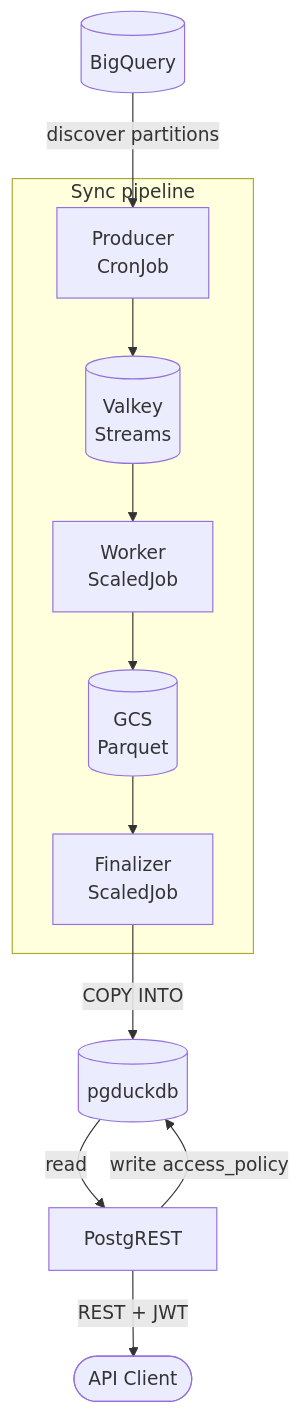
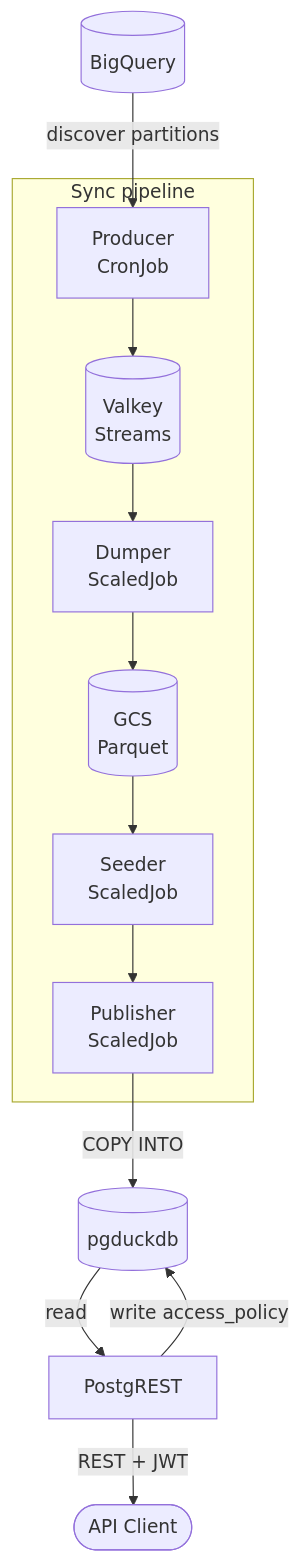
The first of 2 diagrams in docs/architecture.md (prefeitura-rio/data-proxy), drawn with Mermaid before and after one commit. The commit also changed other lines of this file and 136 other files, not shown here.

````diff
--- a/docs/architecture.md
+++ b/docs/architecture.md
@@ -45,18 +46,18 @@
 ```mermaid
 flowchart TD
     BQ[(BigQuery)]
     R[(Valkey\nStreams)]
     GCS[(GCS\nParquet)]
     DB[(pgduckdb)]
 
     subgraph pipeline[Sync pipeline]
-        P[Producer\nCronJob] --> R --> W[Worker\nScaledJob]
-        W --> GCS --> FIN[Finalizer\nScaledJob]
+        P[Producer\nCronJob] --> R --> W[Dumper\nScaledJob]
+        W --> GCS --> S[Seeder\nScaledJob] --> FIN[Publisher\nScaledJob]
     end
 
     BQ -->|discover partitions| P
     FIN -->|COPY INTO| DB
     DB -->|read| PGRST[PostgREST]
     PGRST -->|write access_policy| DB
     PGRST -->|REST + JWT| Client([API Client])
 ```
````
